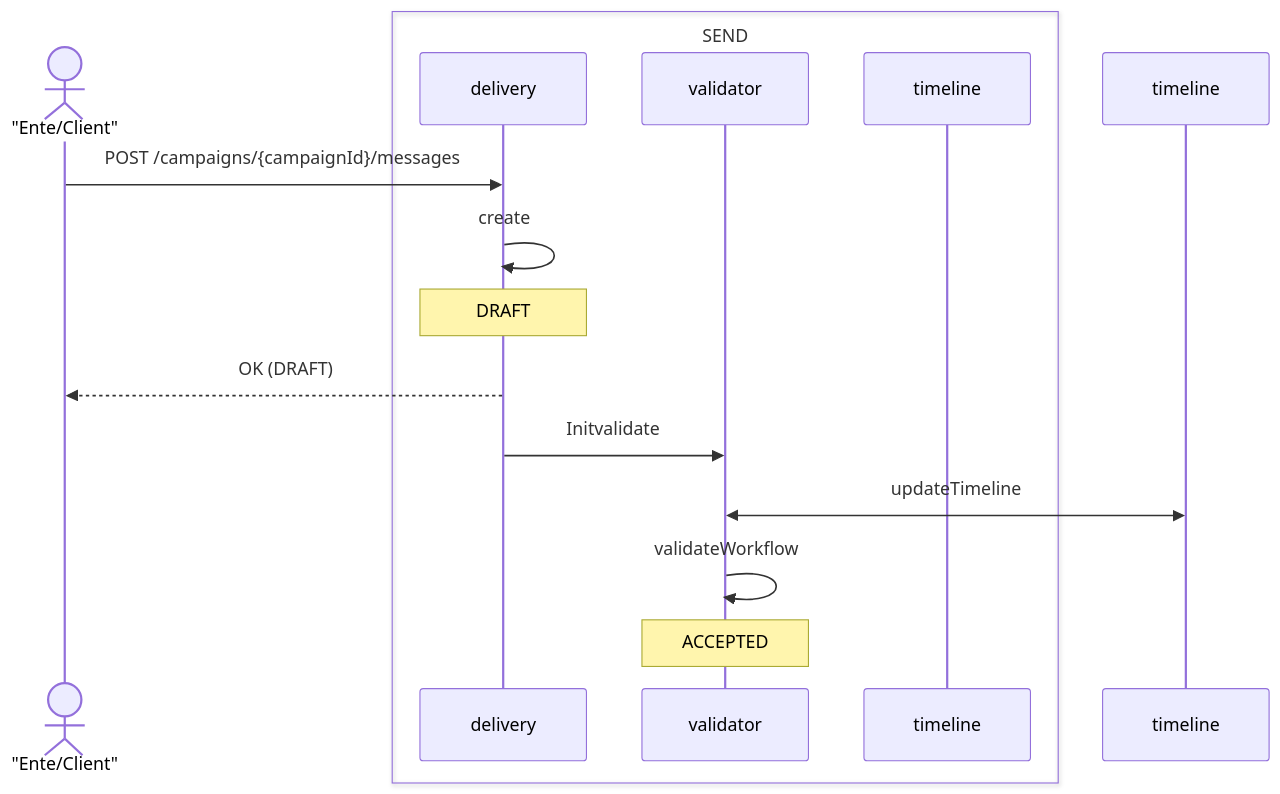
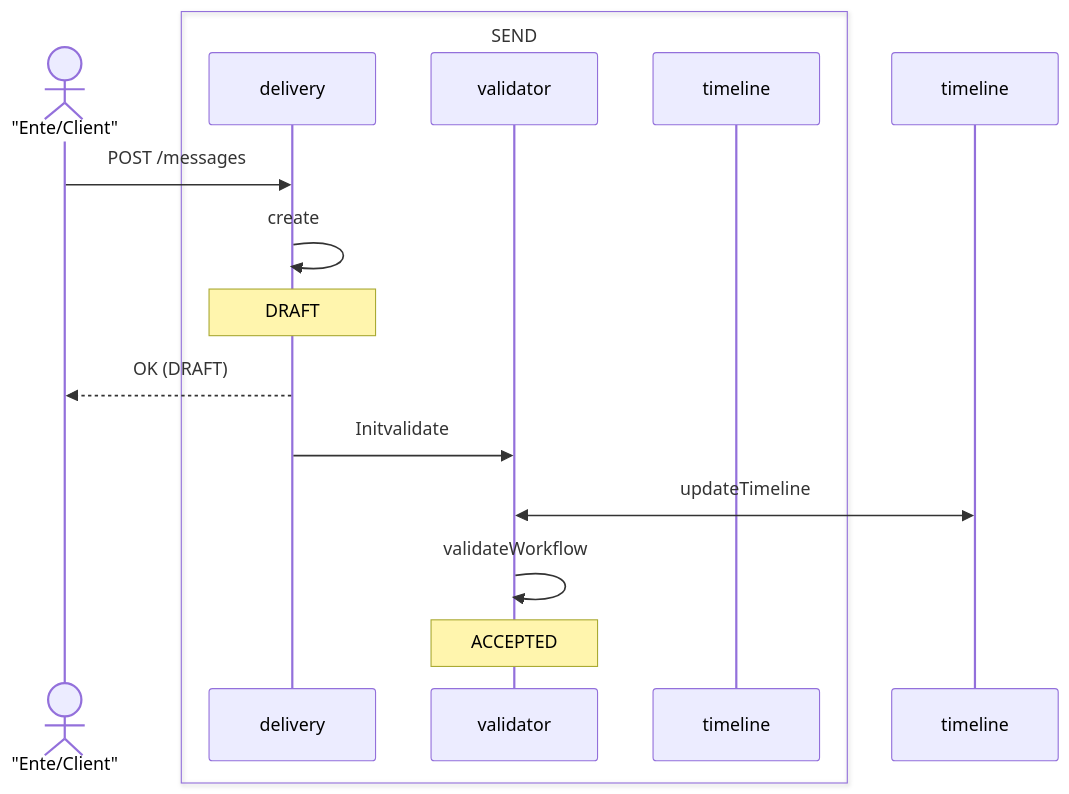
Before and after one commit to pagopa/pn-lab-docs: the third of 3 diagrams in send/orchestratore/orchestratore.md, drawn with Mermaid. The commit also changed other lines of this file, not shown here.

````diff
--- a/send/orchestratore/orchestratore.md
+++ b/send/orchestratore/orchestratore.md
@@ -64,18 +72,18 @@
 ```mermaid
 sequenceDiagram
 actor ec as "Ente/Client"
 box SEND
 participant cmp as delivery
 participant val as validator
 participant time as timeline
 end
 
-ec ->> cmp : POST /campaigns/{campaignId}/messages
+ec ->> cmp : POST /messages
 cmp ->> cmp : create
 note over cmp: DRAFT
 cmp -->> ec: OK (DRAFT)
 cmp ->> val : Initvalidate
 val <<->> timeline : updateTimeline
 val ->> val : validateWorkflow
 note over val: ACCEPTED
 ```
````
